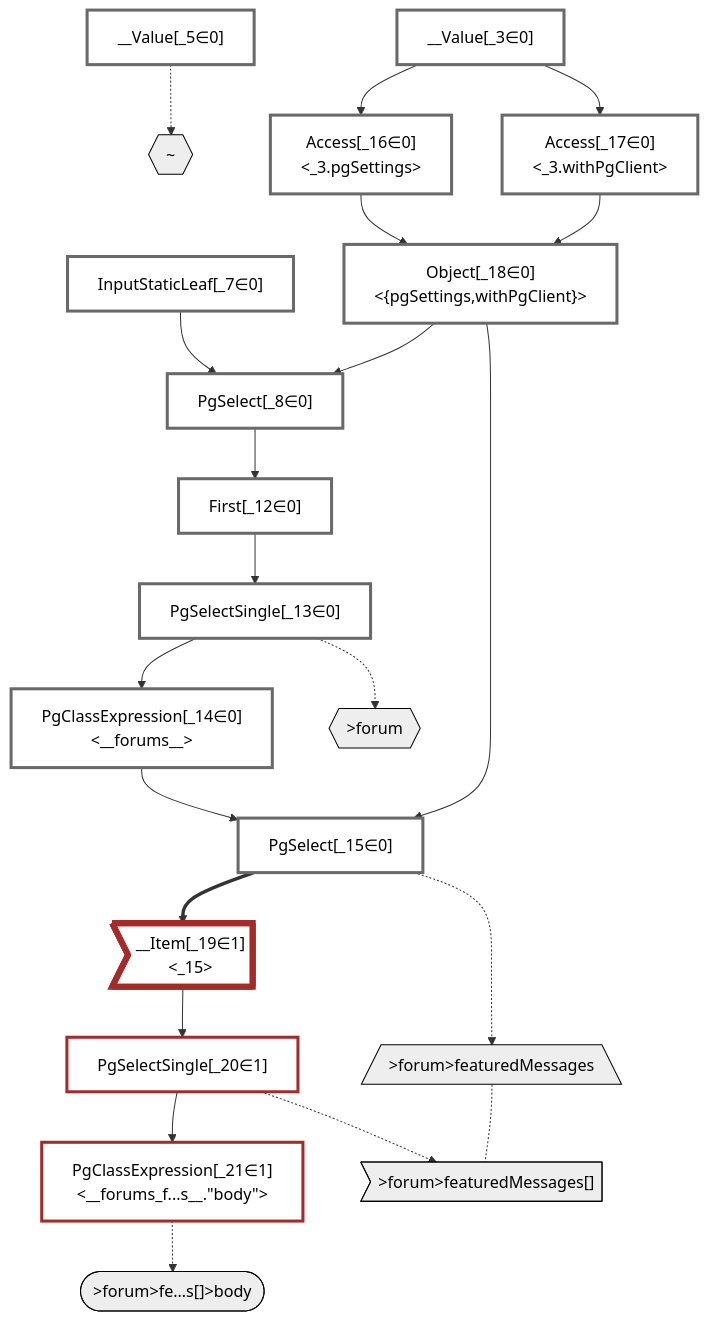
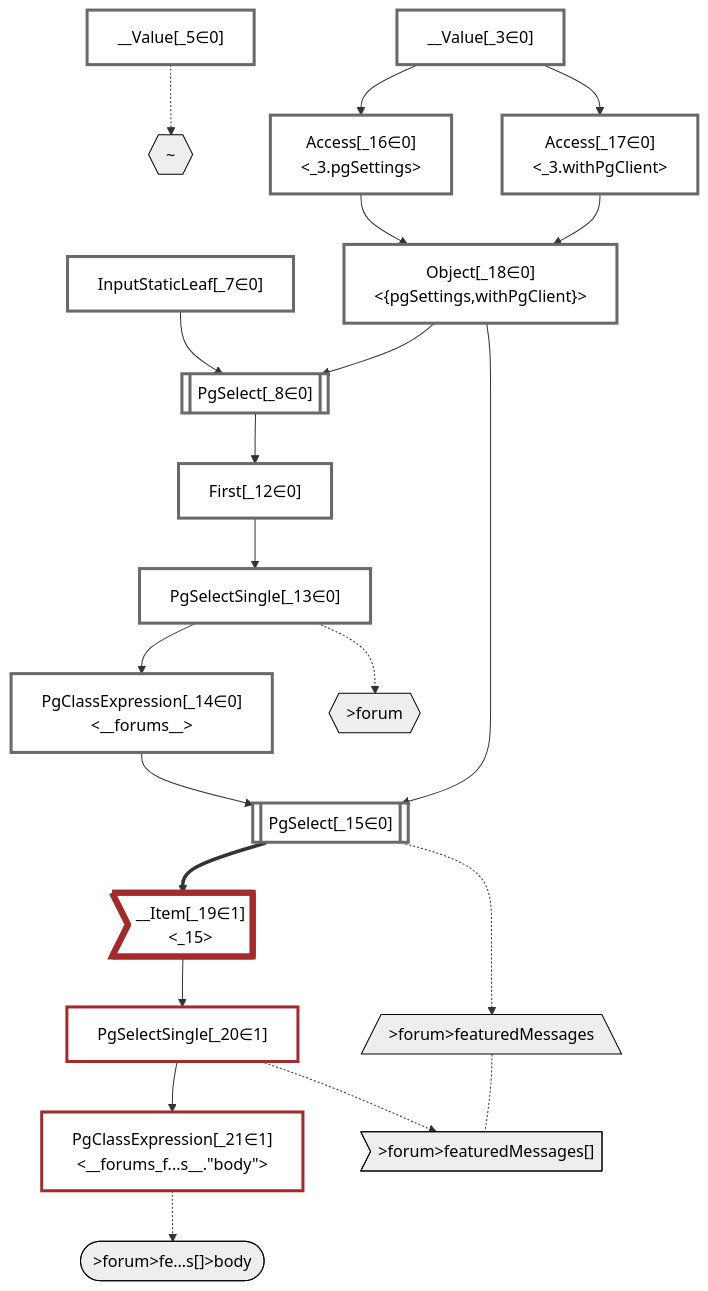
The diagram in packages/dataplan-pg/__tests__/queries/functions/computed-column-setof-message.deopt.mermaid.md (graphile/crystal), drawn with Mermaid before and after one commit. The commit also changed 195 other files, not shown here.

````diff
--- a/packages/dataplan-pg/__tests__/queries/functions/computed-column-setof-message.deopt.mermaid.md
+++ b/packages/dataplan-pg/__tests__/queries/functions/computed-column-setof-message.deopt.mermaid.md
@@ -1,64 +1,64 @@
 ```mermaid
 graph TD
     classDef path fill:#eee,stroke:#000,color:#000
     classDef plan fill:#fff,stroke-width:3px,color:#000
     classDef itemplan fill:#fff,stroke-width:6px,color:#000
     classDef sideeffectplan fill:#f00,stroke-width:6px,color:#000
 
     %% subgraph fields
     P1{{"~"}}:::path
     P2{{">forum"}}:::path
     P3[/">forum>featuredMessages"\]:::path
     P4>">forum>featuredMessages[]"]:::path
     P3 -.- P4
     P5([">forum>fe…s[]>body"]):::path
     %% P4 -.-> P5
     %% P2 -.-> P3
     %% P1 -.-> P2
     %% end
 
     %% define plans
     __Value_3["__Value[_3∈0]<br /><context>"]:::plan
     __Value_5["__Value[_5∈0]<br /><rootValue>"]:::plan
     InputStaticLeaf_7["InputStaticLeaf[_7∈0]"]:::plan
-    PgSelect_8["PgSelect[_8∈0]<br /><forums>"]:::plan
+    PgSelect_8[["PgSelect[_8∈0]<br /><forums>"]]:::plan
     First_12["First[_12∈0]"]:::plan
     PgSelectSingle_13["PgSelectSingle[_13∈0]<br /><forums>"]:::plan
     PgClassExpression_14["PgClassExpression[_14∈0]<br /><__forums__>"]:::plan
-    PgSelect_15["PgSelect[_15∈0]<br /><forums_featured_messages>"]:::plan
+    PgSelect_15[["PgSelect[_15∈0]<br /><forums_featured_messages>"]]:::plan
     Access_16["Access[_16∈0]<br /><_3.pgSettings>"]:::plan
     Access_17["Access[_17∈0]<br /><_3.withPgClient>"]:::plan
     Object_18["Object[_18∈0]<br /><{pgSettings,withPgClient}>"]:::plan
     __Item_19>"__Item[_19∈1]<br /><_15>"]:::itemplan
     PgSelectSingle_20["PgSelectSingle[_20∈1]<br /><forums_featured_messages>"]:::plan
     PgClassExpression_21["PgClassExpression[_21∈1]<br /><__forums_f...s__.#quot;body#quot;>"]:::plan
 
     %% plan dependencies
     Object_18 --> PgSelect_8
     InputStaticLeaf_7 --> PgSelect_8
     PgSelect_8 --> First_12
     First_12 --> PgSelectSingle_13
     PgSelectSingle_13 --> PgClassExpression_14
     Object_18 --> PgSelect_15
     PgClassExpression_14 --> PgSelect_15
     __Value_3 --> Access_16
     __Value_3 --> Access_17
     Access_16 --> Object_18
     Access_17 --> Object_18
     PgSelect_15 ==> __Item_19
     __Item_19 --> PgSelectSingle_20
     PgSelectSingle_20 --> PgClassExpression_21
 
     %% plan-to-path relationships
     __Value_5 -.-> P1
     PgSelectSingle_13 -.-> P2
     PgSelect_15 -.-> P3
     PgSelectSingle_20 -.-> P4
     PgClassExpression_21 -.-> P5
 
     %% allocate buckets
     classDef bucket0 stroke:#696969
     class __Value_3,__Value_5,InputStaticLeaf_7,PgSelect_8,First_12,PgSelectSingle_13,PgClassExpression_14,PgSelect_15,Access_16,Access_17,Object_18 bucket0
     classDef bucket1 stroke:#a52a2a
     class __Item_19,PgSelectSingle_20,PgClassExpression_21 bucket1
 ```
````
